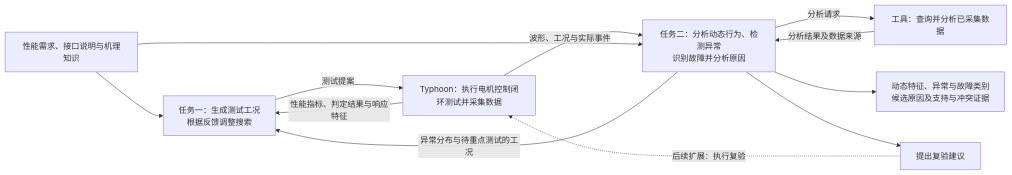
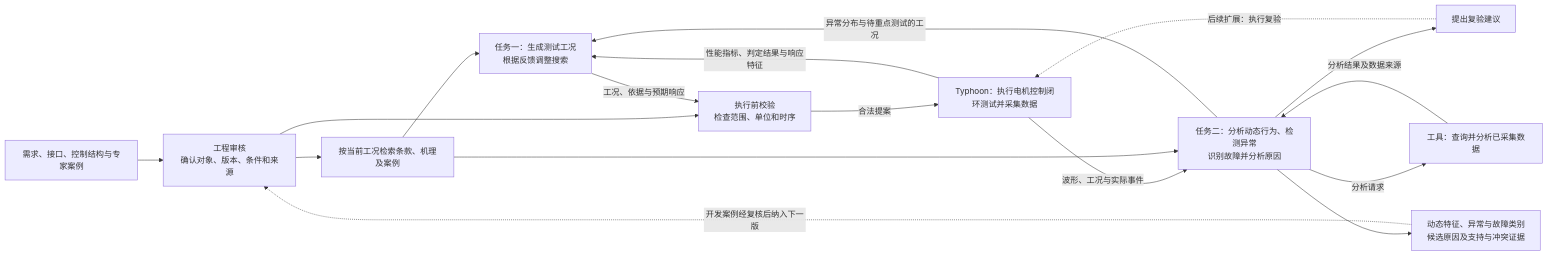
Before and after one commit to LYX2LK/Typhoon-HIL-lab-workflow: the first of 4 diagrams in docs/research/2026-11-11-hil-ai-selection/technical-selection.md, drawn with Mermaid. The commit also changed other lines of this file and 8 other files, not shown here.

````diff
--- a/docs/research/2026-11-11-hil-ai-selection/technical-selection.md
+++ b/docs/research/2026-11-11-hil-ai-selection/technical-selection.md
@@ -35,14 +35,19 @@
 ```mermaid
 flowchart LR
-    K["性能需求、接口说明与机理知识"] --> A["任务一：生成测试工况<br/>根据反馈调整搜索"]
-    A -->|测试提案| E["Typhoon：执行电机控制闭环测试并采集数据"]
+    S["需求、接口、控制结构与专家案例"] --> V["工程审核<br/>确认对象、版本、条件和来源"]
+    V --> K["按当前工况检索条款、机理及案例"]
+    V --> C["执行前校验<br/>检查范围、单位和时序"]
+    K --> A["任务一：生成测试工况<br/>根据反馈调整搜索"]
+    A -->|工况、依据与预期响应| C
+    C -->|合法提案| E["Typhoon：执行电机控制闭环测试并采集数据"]
     E -->|性能指标、判定结果与响应特征| A
     E -->|波形、工况与实际事件| B["任务二：分析动态行为、检测异常<br/>识别故障并分析原因"]
     K --> B
     B -->|分析请求| Q["工具：查询并分析已采集数据"]
     Q -->|分析结果及数据来源| B
     B --> O["动态特征、异常与故障类别<br/>候选原因及支持与冲突证据"]
     B -->|异常分布与待重点测试的工况| A
     B --> R["提出复验建议"]
     R -.->|后续扩展：执行复验| E
+    O -.->|开发案例经复核后纳入下一版| V
 ```
````
